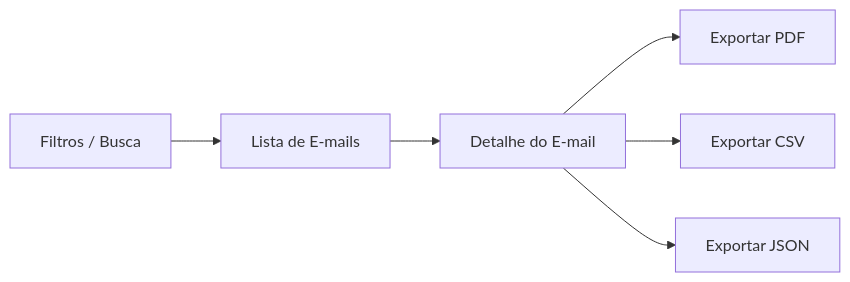
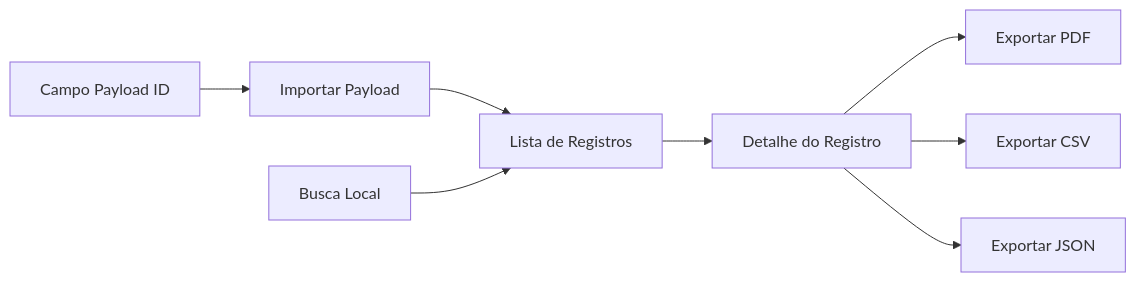
The diagram in docs/05-ui-fluxo.mmd (Bruno-BRG/RebEasy), drawn with Mermaid before and after one commit. The commit also changed 31 other files, not shown here.

Commit message:
Switch RehabEasy import flow to transfer API

```diff
--- a/docs/05-ui-fluxo.mmd
+++ b/docs/05-ui-fluxo.mmd
@@ -1,6 +1,8 @@
 flowchart LR
-    A[Filtros / Busca] --> B[Lista de E-mails]
-    B --> C[Detalhe do E-mail]
-    C --> D[Exportar PDF]
-    C --> E[Exportar CSV]
-    C --> F[Exportar JSON]
+    A[Campo Payload ID] --> B[Importar Payload]
+    B --> C[Lista de Registros]
+    D[Busca Local] --> C
+    C --> E[Detalhe do Registro]
+    E --> F[Exportar PDF]
+    E --> G[Exportar CSV]
+    E --> H[Exportar JSON]
```
